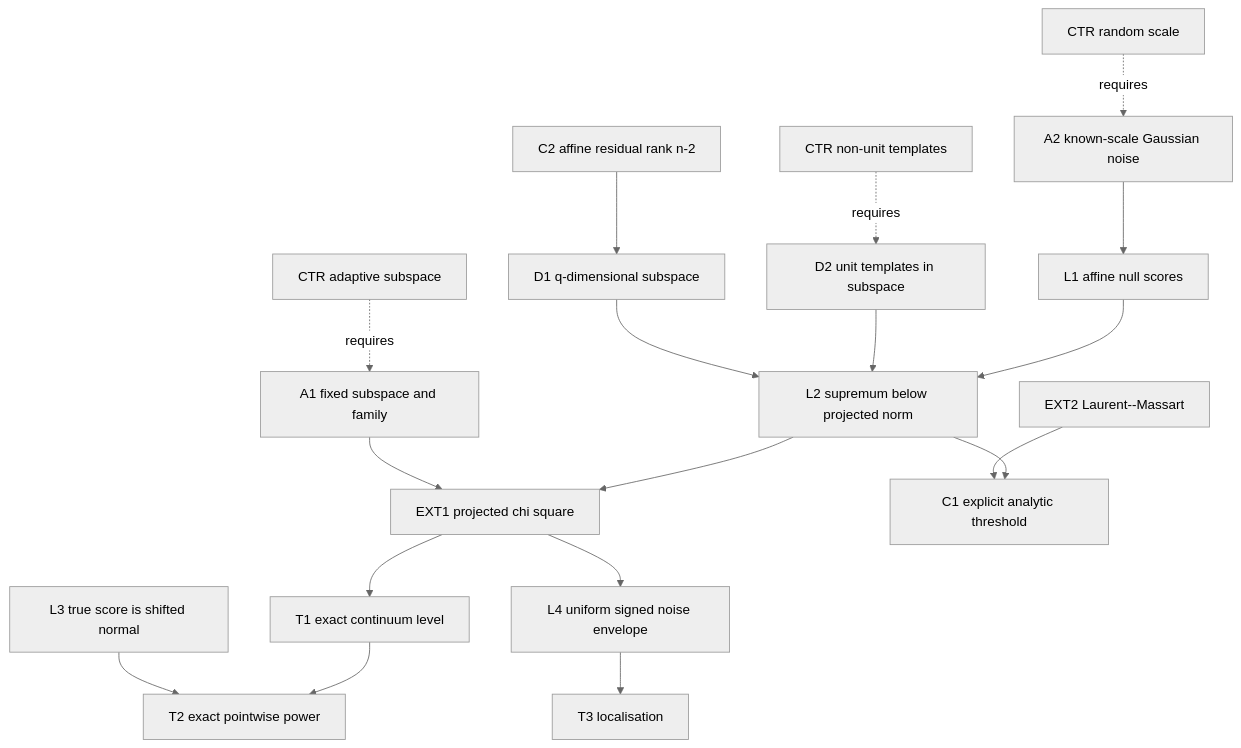
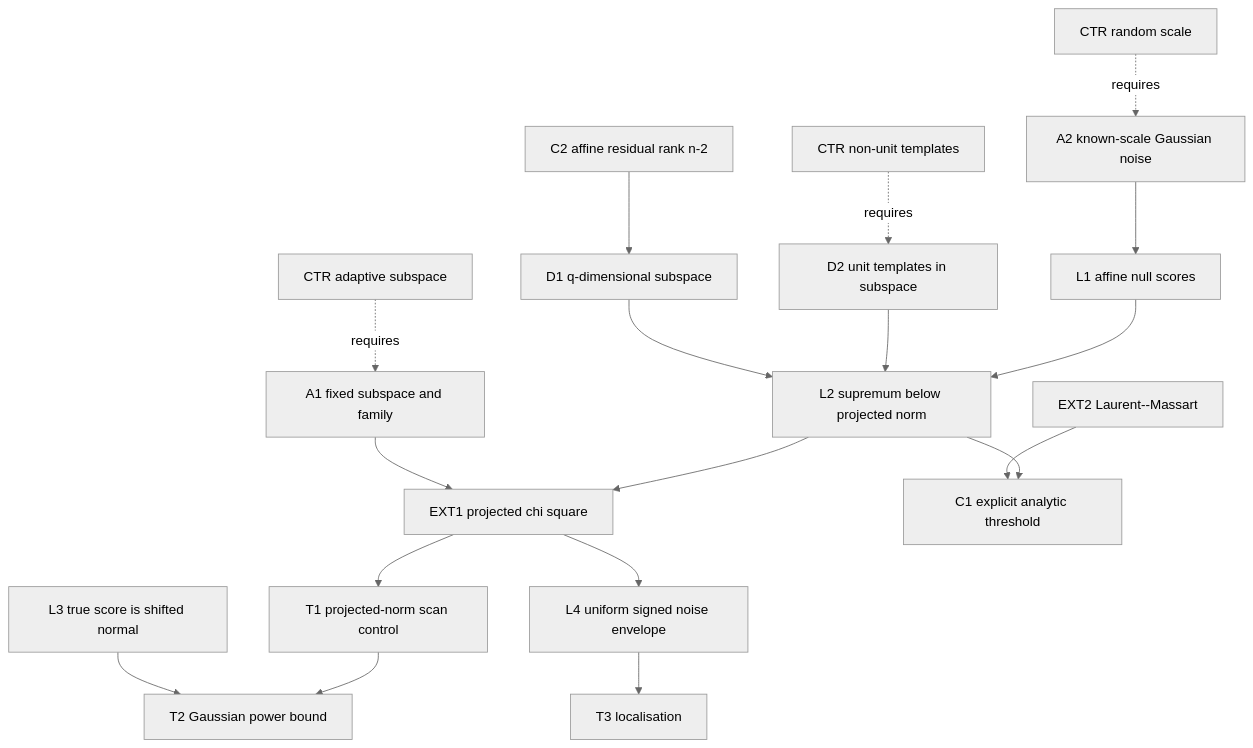
Before and after one commit to Safreliy/hcrd: the diagram in theory/rank_aware_continuous_scan_proof_dag.md, drawn with Mermaid (neutral theme). The commit also changed other lines of this file and 29 other files, not shown here.

````diff
--- a/theory/rank_aware_continuous_scan_proof_dag.md
+++ b/theory/rank_aware_continuous_scan_proof_dag.md
@@ -106,20 +109,20 @@
 ```mermaid
 flowchart TD
   A1["A1 fixed subspace and family"] --> E1["EXT1 projected chi square"]
   A2["A2 known-scale Gaussian noise"] --> L1["L1 affine null scores"]
   D1["D1 q-dimensional subspace"] --> L2["L2 supremum below projected norm"]
   D2["D2 unit templates in subspace"] --> L2
   L1 --> L2
   L2 --> E1
-  E1 --> T1["T1 exact continuum level"]
-  L3["L3 true score is shifted normal"] --> T2["T2 exact pointwise power"]
+  E1 --> T1["T1 projected-norm scan control"]
+  L3["L3 true score is shifted normal"] --> T2["T2 Gaussian power bound"]
   T1 --> T2
   L4["L4 uniform signed noise envelope"] --> T3["T3 localisation"]
   E1 --> L4
   E2["EXT2 Laurent--Massart"] --> C1["C1 explicit analytic threshold"]
   L2 --> C1
   C2["C2 affine residual rank n-2"] --> D1
   X1["CTR adaptive subspace"] -. requires .-> A1
   X2["CTR non-unit templates"] -. requires .-> D2
   X3["CTR random scale"] -. requires .-> A2
 ```
````
